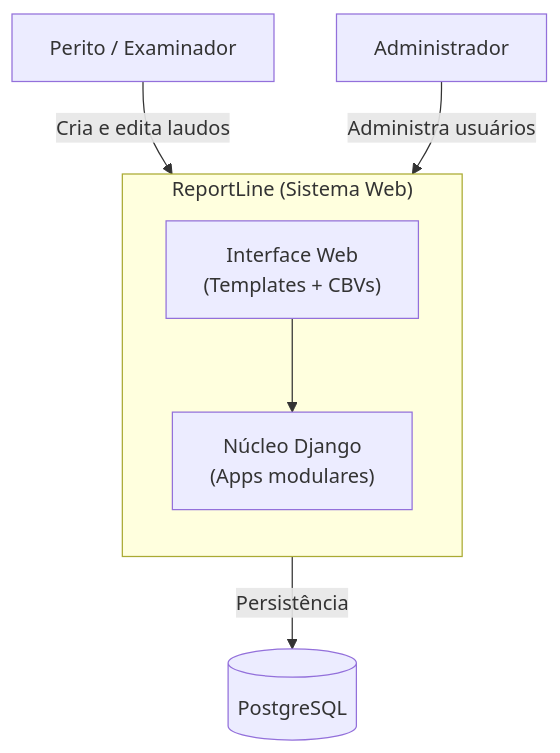
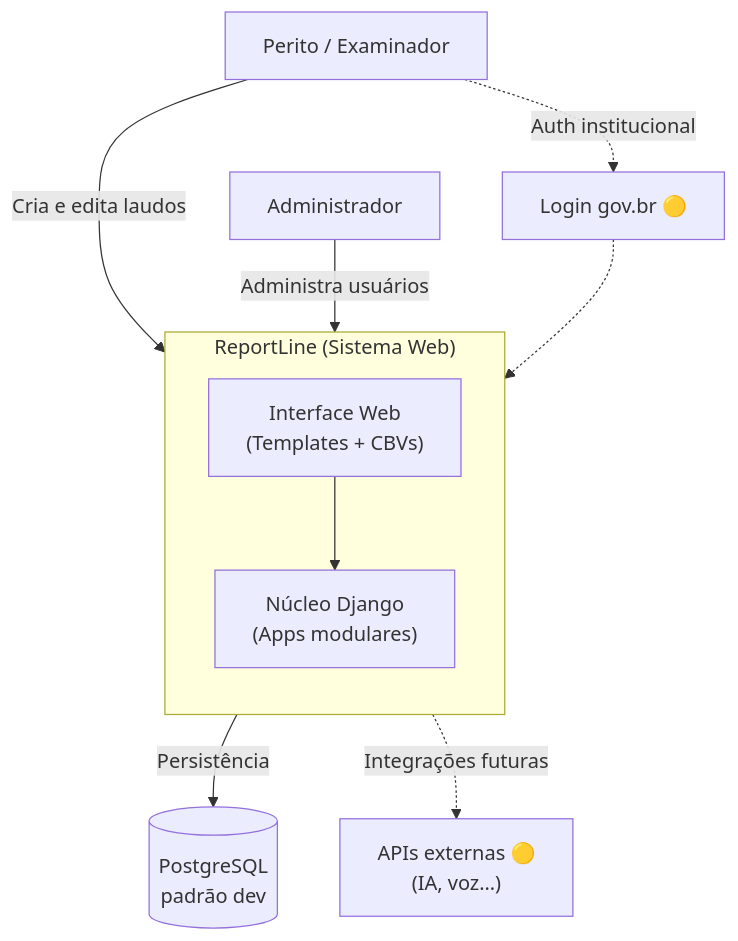
The first of 2 diagrams in docs/architecture/01-context.md (PeritoCriminal/reportline), drawn with Mermaid before and after one commit. The commit also changed other lines of this file and 7 other files, not shown here.

First line of the commit message:
docs(architecture): alinhar documentação aos ADRs 0003–0005

````diff
--- a/docs/architecture/01-context.md
+++ b/docs/architecture/01-context.md
@@ -20,18 +20,23 @@
 ```mermaid
 flowchart TB
     perito["Perito / Examinador"]
     admin["Administrador"]
 
     subgraph reportline ["ReportLine (Sistema Web)"]
         direction TB
         web["Interface Web<br/>(Templates + CBVs)"]
         core["Núcleo Django<br/>(Apps modulares)"]
         web --> core
     end
 
-    db[("PostgreSQL")]
+    db[("PostgreSQL<br/>padrão dev")]
+    govbr["Login gov.br 🟡"]
+    apis["APIs externas 🟡<br/>(IA, voz…)"]
 
     perito -->|"Cria e edita laudos"| web
     admin -->|"Administra usuários"| web
     core -->|"Persistência"| db
+    perito -.->|"Auth institucional"| govbr
+    govbr -.-> core
+    core -.->|"Integrações futuras"| apis
 ```
````
